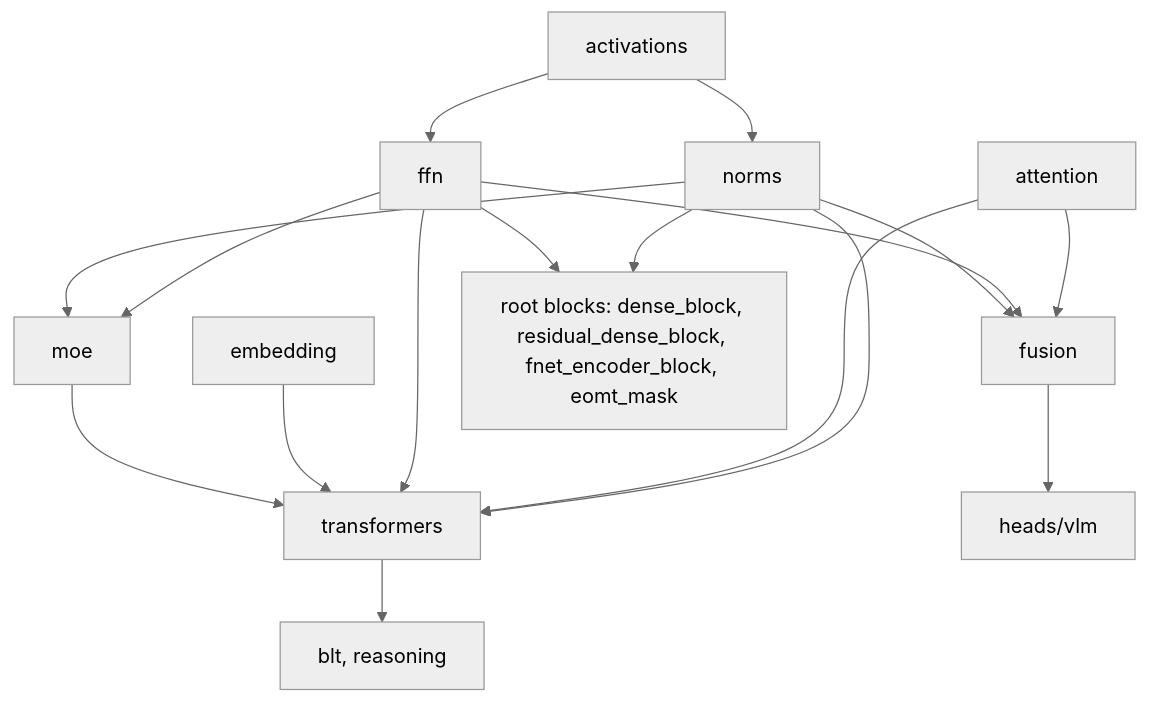
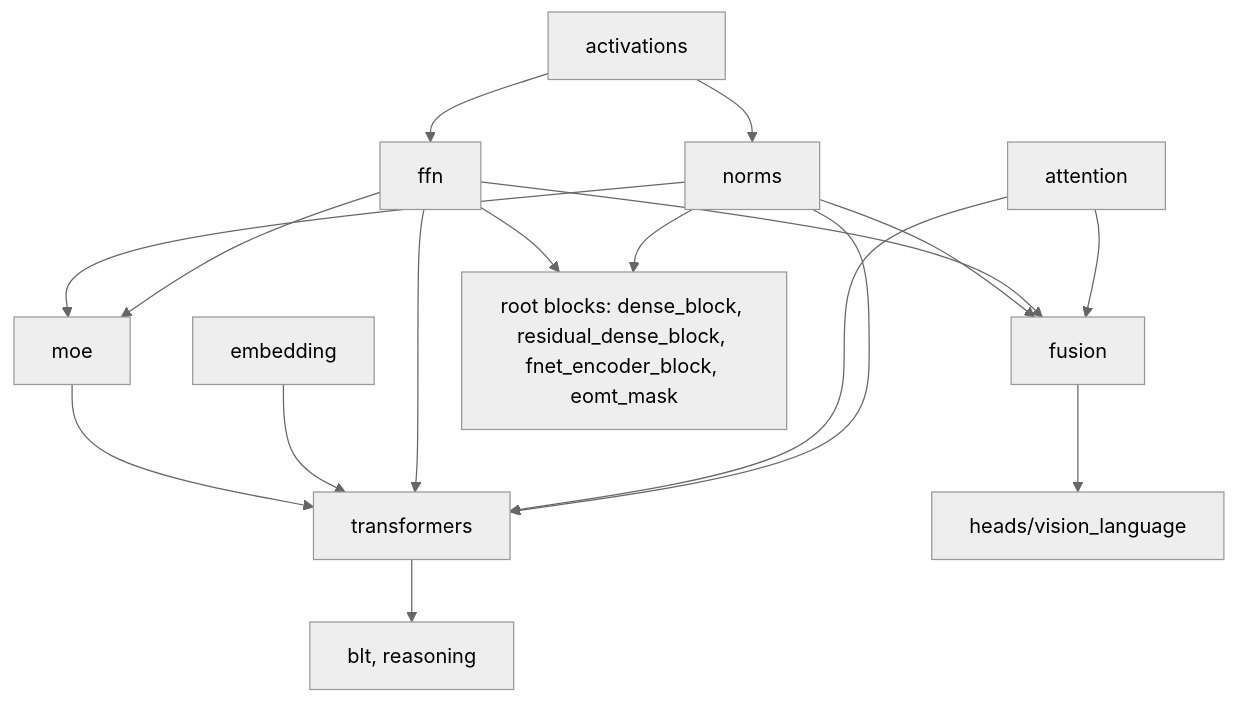
Before and after one commit to NikolasMarkou/dl_techniques: the diagram in src/dl_techniques/layers/AGENTS.md, drawn with Mermaid (neutral theme). The commit also changed other lines of this file and 51 other files, not shown here.

First line of the commit message:
heads: rename the vlm package to vision_language

````diff
--- a/src/dl_techniques/layers/AGENTS.md
+++ b/src/dl_techniques/layers/AGENTS.md
@@ -16,19 +16,19 @@
 ```mermaid
 flowchart TD
     N[norms] --> T[transformers]
     A[attention] --> T
     F[ffn] --> T
     E[embedding] --> T
     F --> M[moe]
     N --> M
     M --> T
     T --> B[blt, reasoning]
     A --> X[fusion]
     F --> X
     N --> X
-    X --> H[heads/vlm]
+    X --> H[heads/vision_language]
     ACT[activations] --> N
     ACT --> F
     N --> R[root blocks: dense_block, residual_dense_block, fnet_encoder_block, eomt_mask]
     F --> R
 ```
````
